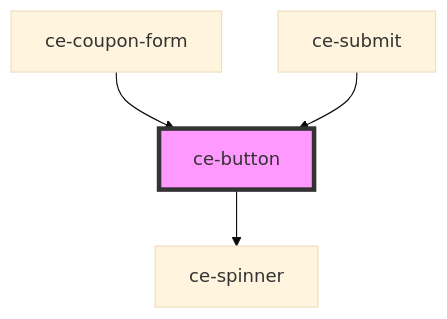
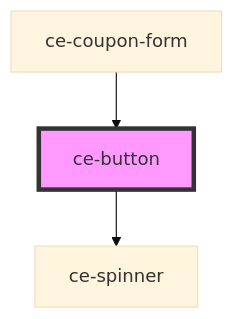
The diagram in packages/components/src/components/ui/button/readme.md (surecart/surecart-wp-plugin), drawn with Mermaid (base theme) before and after one commit. The commit also changed other lines of this file and 73 other files, not shown here.

````diff
--- a/packages/components/src/components/ui/button/readme.md
+++ b/packages/components/src/components/ui/button/readme.md
@@ -59,7 +58,6 @@
 ```mermaid
 graph TD;
   ce-button --> ce-spinner
   ce-coupon-form --> ce-button
-  ce-submit --> ce-button
   style ce-button fill:#f9f,stroke:#333,stroke-width:4px
 ```
````
